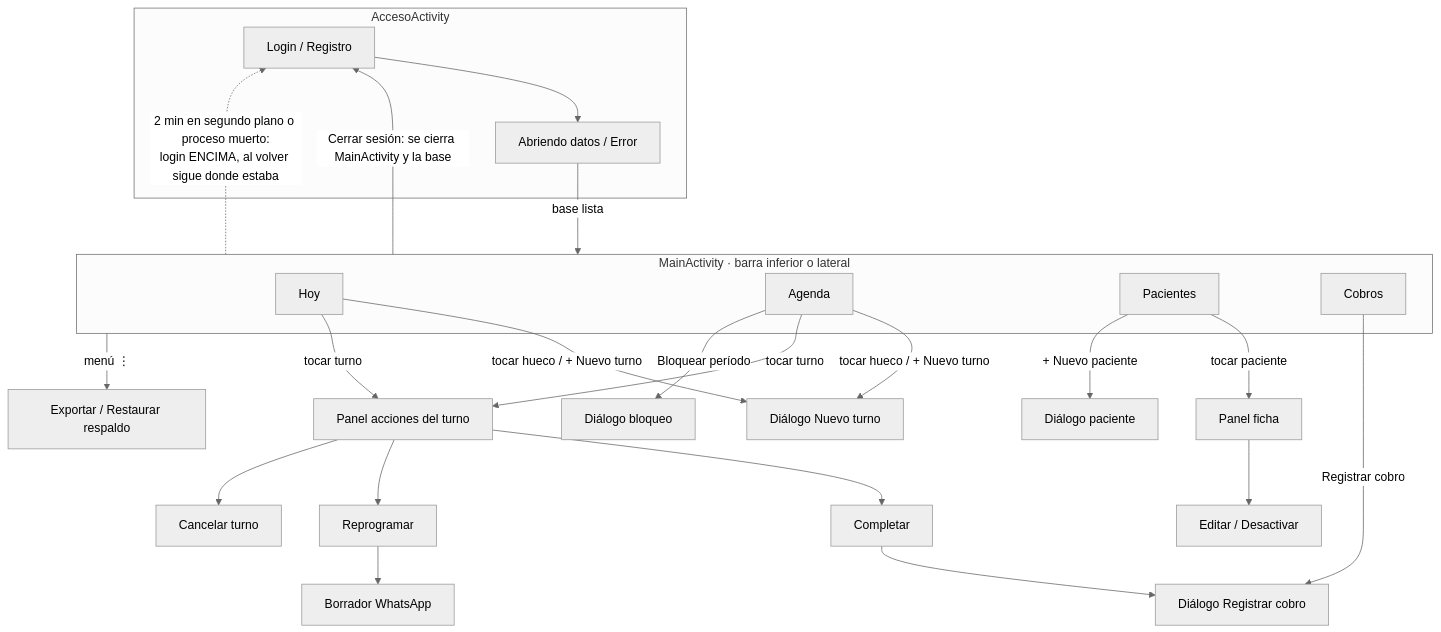
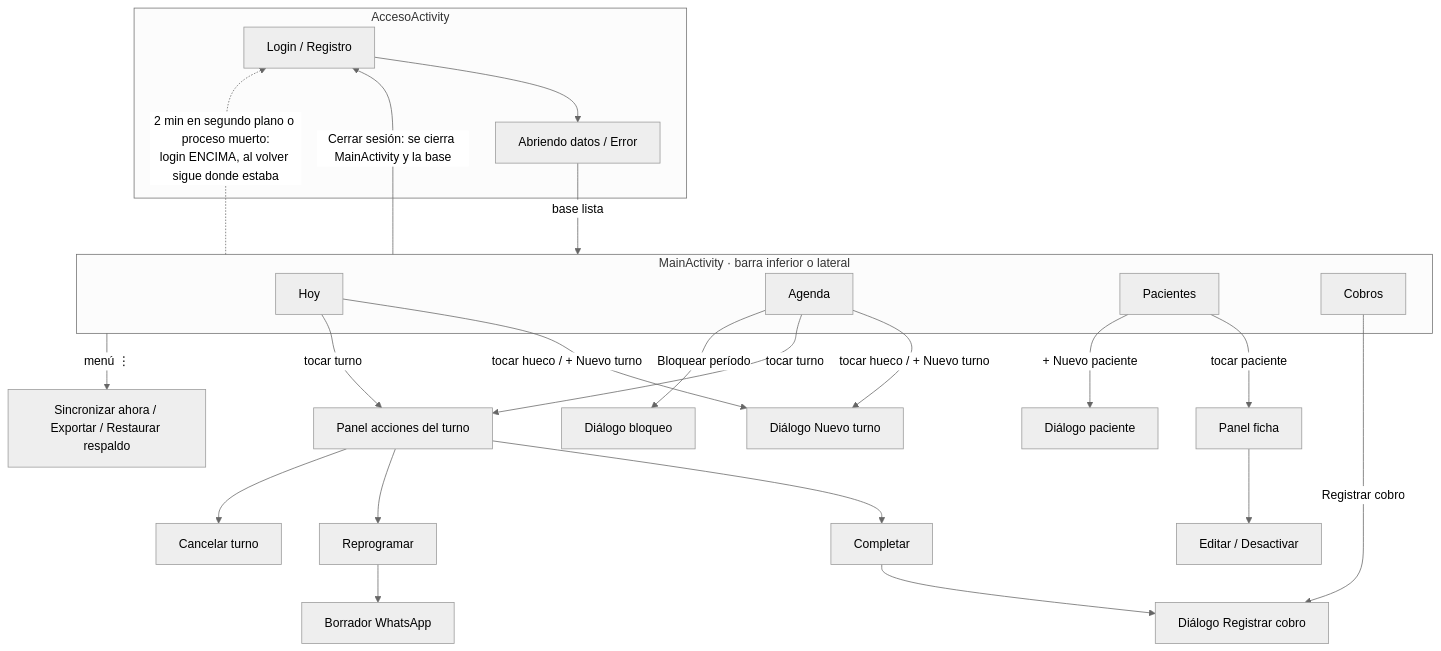
One commit to fguerrero2/DesarrolloAplicaciones1 changed the first of 4 diagrams in TPO1_app/IMPLEMENTACION.md. Above: the diagram before and after it, drawn with Mermaid (neutral theme). The commit also changed other lines of this file, not shown here.

````diff
--- a/TPO1_app/IMPLEMENTACION.md
+++ b/TPO1_app/IMPLEMENTACION.md
@@ -179,25 +204,25 @@
 ```mermaid
 flowchart TD
     subgraph AA[AccesoActivity]
         L[Login / Registro] --> AB[Abriendo datos / Error]
     end
     AB -->|base lista| N
     subgraph N[MainActivity · barra inferior o lateral]
         H[Hoy]
         A[Agenda]
         P[Pacientes]
         C[Cobros]
     end
     H & A -->|tocar hueco / + Nuevo turno| NT[Diálogo Nuevo turno]
     H & A -->|tocar turno| AT[Panel acciones del turno]
     AT --> CS[Completar] --> RC[Diálogo Registrar cobro]
     AT --> RP[Reprogramar] --> WA[Borrador WhatsApp]
     AT --> CT[Cancelar turno]
     A -->|Bloquear período| BP[Diálogo bloqueo]
     P -->|tocar paciente| FP[Panel ficha] --> EP[Editar / Desactivar]
     P -->|+ Nuevo paciente| NP[Diálogo paciente]
     C -->|Registrar cobro| RC
-    N -->|menú ⋮| RS[Exportar / Restaurar respaldo]
+    N -->|menú ⋮| RS[Sincronizar ahora / Exportar / Restaurar respaldo]
     N -->|Cerrar sesión: se cierra MainActivity y la base| L
     N -.->|2 min en segundo plano o proceso muerto:<br/>login ENCIMA, al volver sigue donde estaba| L
 ```
````
